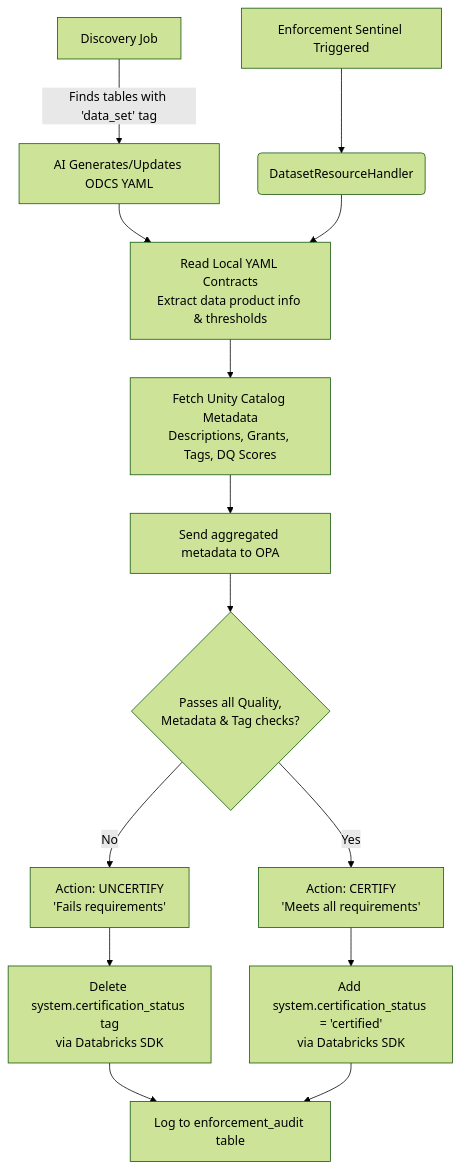
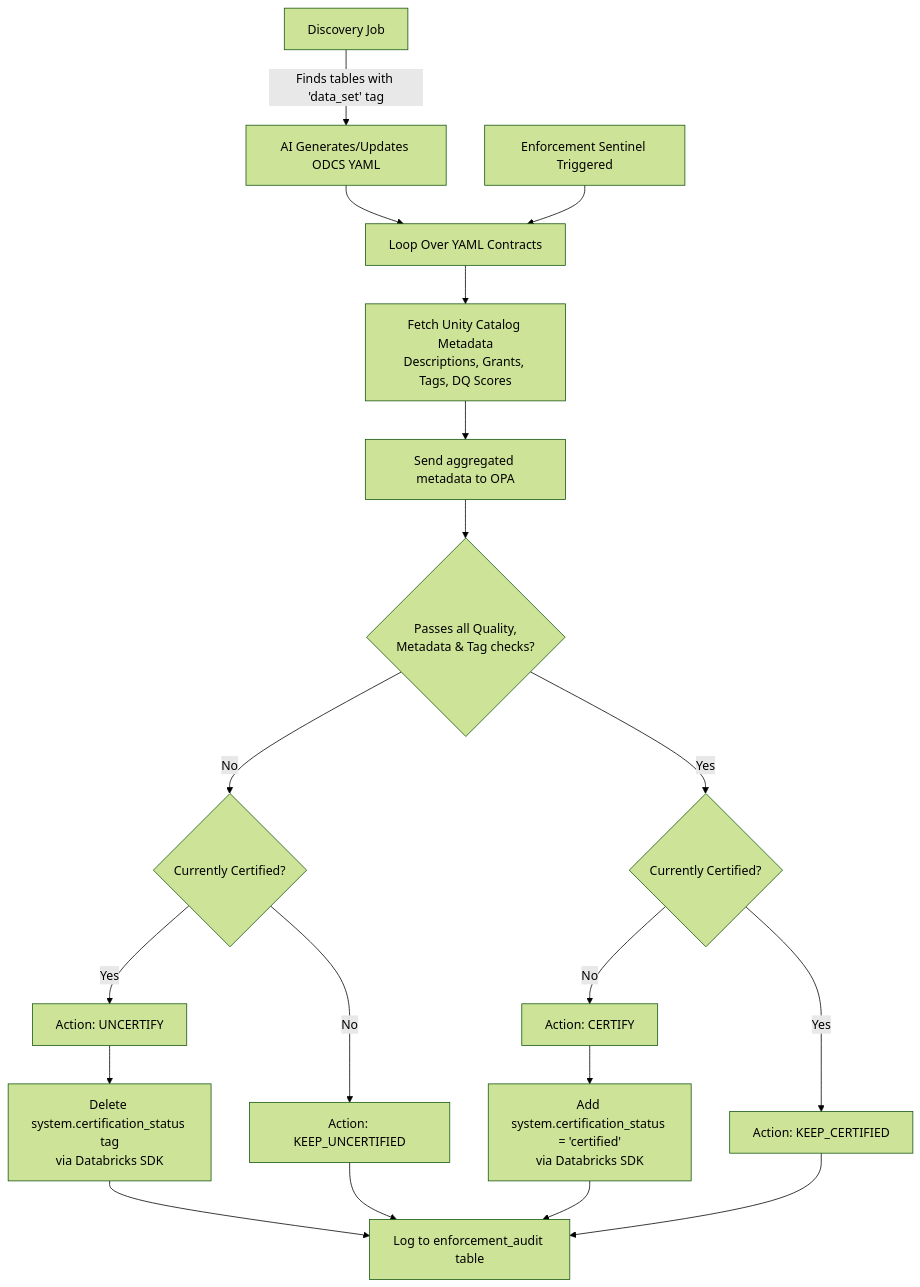
One commit to TaylorAHanson/ssc changed the diagram in docs/GOVERNANCE.md. Above: the diagram before and after it, drawn with Mermaid (forest theme). The commit also changed other lines of this file and 24 other files, not shown here.

````diff
--- a/docs/GOVERNANCE.md
+++ b/docs/GOVERNANCE.md
@@ -75,21 +72,28 @@
 ```mermaid
 flowchart TD
     Z[Discovery Job] -->|Finds tables with 'data_set' tag| Y[AI Generates/Updates ODCS YAML]
     Y --> C
-    A[Enforcement Sentinel Triggered] --> B(DatasetResourceHandler)
-    B --> C[Read Local YAML Contracts<br>Extract data product info & thresholds]
+    A[Enforcement Sentinel Triggered] --> C[Loop Over YAML Contracts]
     
     C --> F[Fetch Unity Catalog Metadata<br>Descriptions, Grants, Tags, DQ Scores]
     
     F --> H[Send aggregated metadata to OPA]
     
     H --> L{Passes all Quality,<br>Metadata & Tag checks?}
-    L -- No --> M[Action: UNCERTIFY<br>'Fails requirements']
-    L -- Yes --> N[Action: CERTIFY<br>'Meets all requirements']
     
-    M --> P[Delete system.certification_status tag<br>via Databricks SDK]
-    N --> Q[Add system.certification_status = 'certified'<br>via Databricks SDK]
+    L -- No --> M{Currently Certified?}
+    M -- Yes --> M1[Action: UNCERTIFY]
+    M -- No --> M2[Action: KEEP_UNCERTIFIED]
     
-    P --> O[Log to enforcement_audit table]
+    L -- Yes --> N{Currently Certified?}
+    N -- No --> N1[Action: CERTIFY]
+    N -- Yes --> N2[Action: KEEP_CERTIFIED]
+    
+    M1 --> P[Delete system.certification_status tag<br>via Databricks SDK]
+    N1 --> Q[Add system.certification_status = 'certified'<br>via Databricks SDK]
+    
+    M2 --> O[Log to enforcement_audit table]
+    N2 --> O
+    P --> O
     Q --> O
 ```
````
